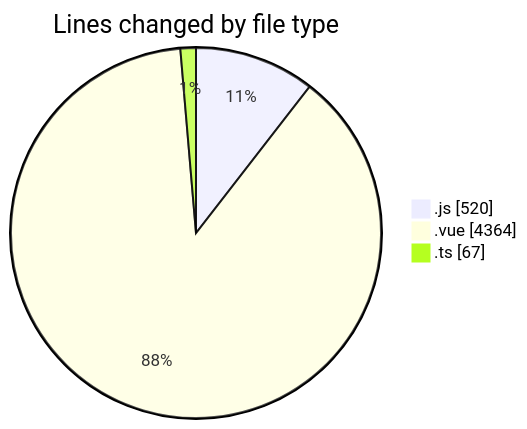
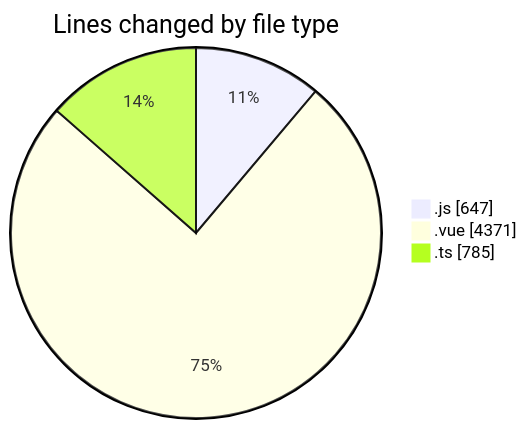
Before and after one commit to lephambinh05/code-tracking: the first of 2 diagrams in 2025-08-17/rentotp/README.md, drawn with Mermaid. The commit also changed other lines of this file and 1 other file, not shown here.

````diff
--- a/2025-08-17/rentotp/README.md
+++ b/2025-08-17/rentotp/README.md
@@ -34,7 +36,7 @@
 ```mermaid
 pie showData
 title Lines changed by file type
-".js" : 520
-".vue" : 4364
-".ts" : 67
+".js" : 647
+".vue" : 4371
+".ts" : 785
 ```
````
